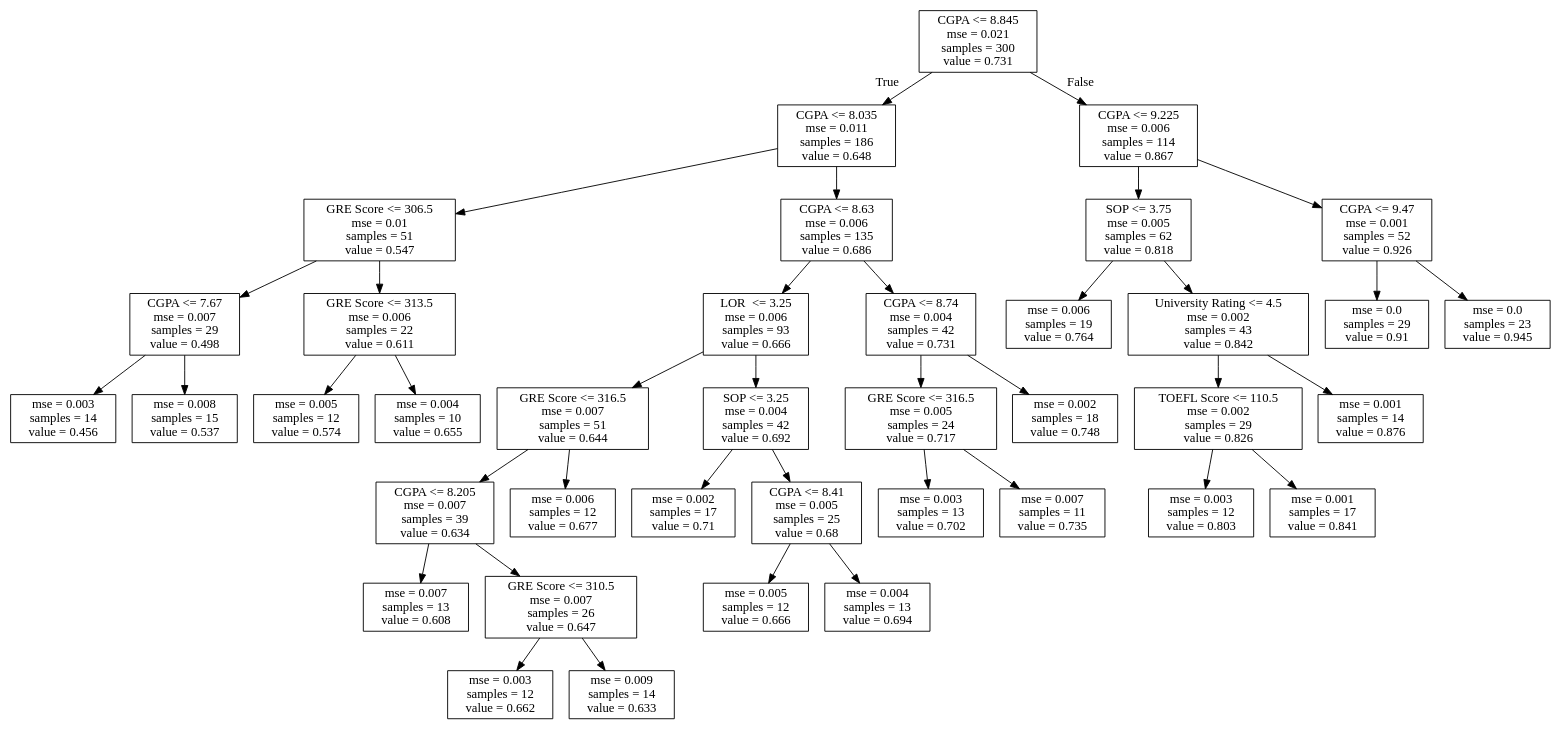
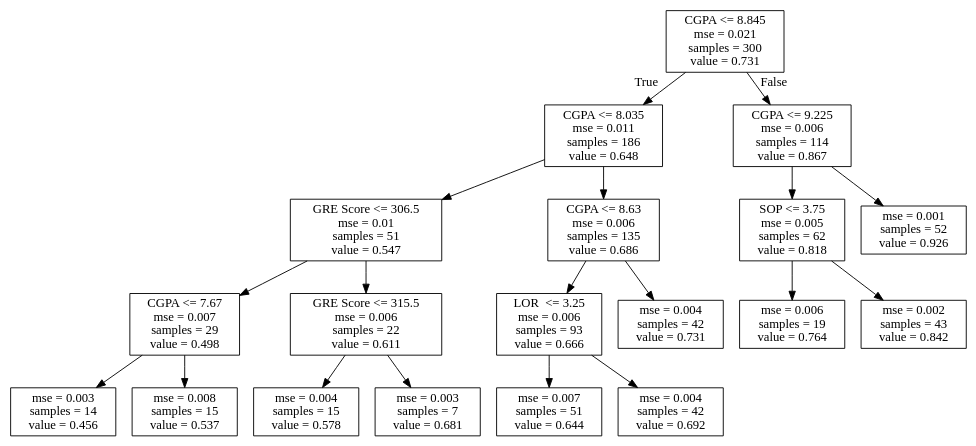
Before and after one commit to pragya1010/Admission-Prediction-system: the diagram in Data/classifier.dot, drawn with Graphviz. The commit also changed 8 other files, not shown here.

```diff
--- a/Data/classifier.dot
+++ b/Data/classifier.dot
@@ -1,80 +1,40 @@
 digraph Tree {
 node [shape=box] ;
 0 [label="CGPA <= 8.845\nmse = 0.021\nsamples = 300\nvalue = 0.731"] ;
 1 [label="CGPA <= 8.035\nmse = 0.011\nsamples = 186\nvalue = 0.648"] ;
 0 -> 1 [labeldistance=2.5, labelangle=45, headlabel="True"] ;
 3 [label="GRE Score <= 306.5\nmse = 0.01\nsamples = 51\nvalue = 0.547"] ;
 1 -> 3 ;
 7 [label="CGPA <= 7.67\nmse = 0.007\nsamples = 29\nvalue = 0.498"] ;
 3 -> 7 ;
-15 [label="mse = 0.003\nsamples = 14\nvalue = 0.456"] ;
-7 -> 15 ;
-16 [label="mse = 0.008\nsamples = 15\nvalue = 0.537"] ;
-7 -> 16 ;
-8 [label="GRE Score <= 313.5\nmse = 0.006\nsamples = 22\nvalue = 0.611"] ;
+17 [label="mse = 0.003\nsamples = 14\nvalue = 0.456"] ;
+7 -> 17 ;
+18 [label="mse = 0.008\nsamples = 15\nvalue = 0.537"] ;
+7 -> 18 ;
+8 [label="GRE Score <= 315.5\nmse = 0.006\nsamples = 22\nvalue = 0.611"] ;
 3 -> 8 ;
-17 [label="mse = 0.005\nsamples = 12\nvalue = 0.574"] ;
-8 -> 17 ;
-18 [label="mse = 0.004\nsamples = 10\nvalue = 0.655"] ;
-8 -> 18 ;
+15 [label="mse = 0.004\nsamples = 15\nvalue = 0.578"] ;
+8 -> 15 ;
+16 [label="mse = 0.003\nsamples = 7\nvalue = 0.681"] ;
+8 -> 16 ;
 4 [label="CGPA <= 8.63\nmse = 0.006\nsamples = 135\nvalue = 0.686"] ;
 1 -> 4 ;
 9 [label="LOR  <= 3.25\nmse = 0.006\nsamples = 93\nvalue = 0.666"] ;
 4 -> 9 ;
-13 [label="GRE Score <= 316.5\nmse = 0.007\nsamples = 51\nvalue = 0.644"] ;
+13 [label="mse = 0.007\nsamples = 51\nvalue = 0.644"] ;
 9 -> 13 ;
-21 [label="CGPA <= 8.205\nmse = 0.007\nsamples = 39\nvalue = 0.634"] ;
-13 -> 21 ;
-25 [label="mse = 0.007\nsamples = 13\nvalue = 0.608"] ;
-21 -> 25 ;
-26 [label="GRE Score <= 310.5\nmse = 0.007\nsamples = 26\nvalue = 0.647"] ;
-21 -> 26 ;
-35 [label="mse = 0.003\nsamples = 12\nvalue = 0.662"] ;
-26 -> 35 ;
-36 [label="mse = 0.009\nsamples = 14\nvalue = 0.633"] ;
-26 -> 36 ;
-22 [label="mse = 0.006\nsamples = 12\nvalue = 0.677"] ;
-13 -> 22 ;
-14 [label="SOP <= 3.25\nmse = 0.004\nsamples = 42\nvalue = 0.692"] ;
+14 [label="mse = 0.004\nsamples = 42\nvalue = 0.692"] ;
 9 -> 14 ;
-31 [label="mse = 0.002\nsamples = 17\nvalue = 0.71"] ;
-14 -> 31 ;
-32 [label="CGPA <= 8.41\nmse = 0.005\nsamples = 25\nvalue = 0.68"] ;
-14 -> 32 ;
-37 [label="mse = 0.005\nsamples = 12\nvalue = 0.666"] ;
-32 -> 37 ;
-38 [label="mse = 0.004\nsamples = 13\nvalue = 0.694"] ;
-32 -> 38 ;
-10 [label="CGPA <= 8.74\nmse = 0.004\nsamples = 42\nvalue = 0.731"] ;
+10 [label="mse = 0.004\nsamples = 42\nvalue = 0.731"] ;
 4 -> 10 ;
-29 [label="GRE Score <= 316.5\nmse = 0.005\nsamples = 24\nvalue = 0.717"] ;
-10 -> 29 ;
-33 [label="mse = 0.003\nsamples = 13\nvalue = 0.702"] ;
-29 -> 33 ;
-34 [label="mse = 0.007\nsamples = 11\nvalue = 0.735"] ;
-29 -> 34 ;
-30 [label="mse = 0.002\nsamples = 18\nvalue = 0.748"] ;
-10 -> 30 ;
 2 [label="CGPA <= 9.225\nmse = 0.006\nsamples = 114\nvalue = 0.867"] ;
 0 -> 2 [labeldistance=2.5, labelangle=-45, headlabel="False"] ;
 5 [label="SOP <= 3.75\nmse = 0.005\nsamples = 62\nvalue = 0.818"] ;
 2 -> 5 ;
 11 [label="mse = 0.006\nsamples = 19\nvalue = 0.764"] ;
 5 -> 11 ;
-12 [label="University Rating <= 4.5\nmse = 0.002\nsamples = 43\nvalue = 0.842"] ;
+12 [label="mse = 0.002\nsamples = 43\nvalue = 0.842"] ;
 5 -> 12 ;
-19 [label="TOEFL Score <= 110.5\nmse = 0.002\nsamples = 29\nvalue = 0.826"] ;
-12 -> 19 ;
-27 [label="mse = 0.003\nsamples = 12\nvalue = 0.803"] ;
-19 -> 27 ;
-28 [label="mse = 0.001\nsamples = 17\nvalue = 0.841"] ;
-19 -> 28 ;
-20 [label="mse = 0.001\nsamples = 14\nvalue = 0.876"] ;
-12 -> 20 ;
-6 [label="CGPA <= 9.47\nmse = 0.001\nsamples = 52\nvalue = 0.926"] ;
+6 [label="mse = 0.001\nsamples = 52\nvalue = 0.926"] ;
 2 -> 6 ;
-23 [label="mse = 0.0\nsamples = 29\nvalue = 0.91"] ;
-6 -> 23 ;
-24 [label="mse = 0.0\nsamples = 23\nvalue = 0.945"] ;
-6 -> 24 ;
 }
```
